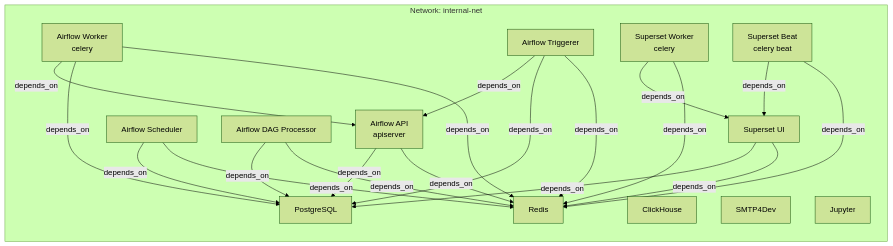
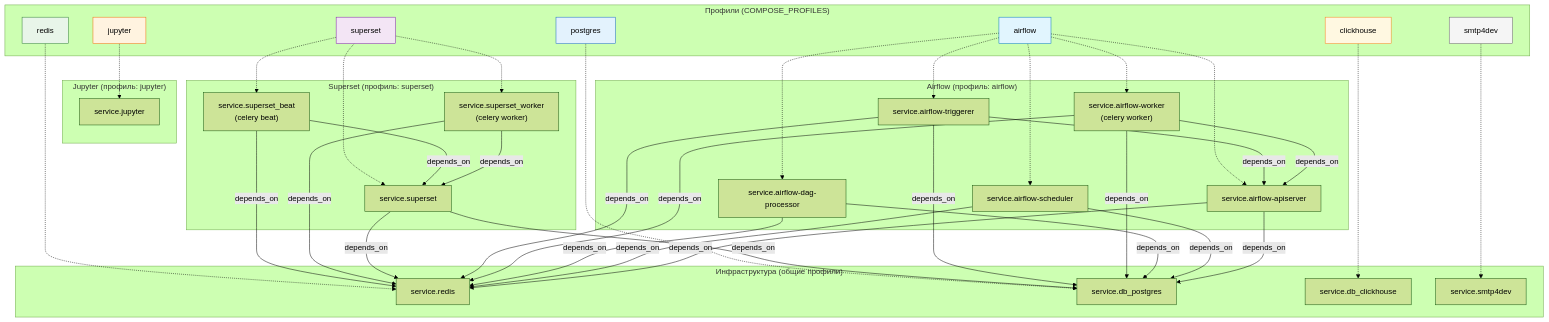
One commit to barmaley350/analytics changed the diagram in README.md. Above: the diagram before and after it, drawn with Mermaid (forest theme). The commit also changed other lines of this file and 1 other file, not shown here.

Commit message:
Изменил README.md

````diff
--- a/README.md
+++ b/README.md
@@ -45,60 +45,86 @@
 ```mermaid
-graph LR
-  subgraph "Network: internal-net"
-    direction TB
-
-    %% Core Airflow
-    airflow_api[Airflow API<br/>apiserver]
-    airflow_scheduler[Airflow Scheduler]
-    airflow_dag_processor[Airflow DAG Processor]
-    airflow_worker[Airflow Worker<br/>celery]
-    airflow_triggerer[Airflow Triggerer]
-
-    %% Superset
-    superset[Superset UI]
-    superset_worker[Superset Worker<br/>celery]
-    superset_beat[Superset Beat<br/>celery beat]
-
-    %% Dependencies
-    redis[Redis]
-    postgres[PostgreSQL]
-    clickhouse[ClickHouse]
-    smtp4dev[SMTP4Dev]
-    jupyter[Jupyter]
+flowchart TD
+  subgraph Profiles ["Профили (COMPOSE_PROFILES)"]
+    P_airflow["airflow"]
+    P_jupyter["jupyter"]
+    P_superset["superset"]
+    P_redis["redis"]
+    P_postgres["postgres"]
+    P_smtp4dev["smtp4dev"]
+    P_clickhouse["clickhouse"]
   end
 
-  %% Airflow core dependencies
-  airflow_api -->|depends_on| redis
-  airflow_api -->|depends_on| postgres
+  subgraph Airflow ["Airflow (профиль: airflow)"]
+    A_api["service.airflow-apiserver"]
+    A_sched["service.airflow-scheduler"]
+    A_proc["service.airflow-dag-processor"]
+    A_worker["service.airflow-worker<br/>(celery worker)"]
+    A_trigger["service.airflow-triggerer"]
+  end
 
-  airflow_scheduler -->|depends_on| redis
-  airflow_scheduler -->|depends_on| postgres
+  subgraph Jupyter ["Jupyter (профиль: jupyter)"]
+    J_jupyter["service.jupyter"]
+  end
 
-  airflow_dag_processor -->|depends_on| redis
-  airflow_dag_processor -->|depends_on| postgres
+  subgraph Superset ["Superset (профиль: superset)"]
+    S_web["service.superset"]
+    S_worker["service.superset_worker<br/>(celery worker)"]
+    S_beat["service.superset_beat<br/>(celery beat)"]
+  end
 
-  airflow_worker -->|depends_on| redis
-  airflow_worker -->|depends_on| postgres
-  airflow_worker -->|depends_on| airflow_api
+  subgraph Infra ["Инфраструктура (общие профили)"]
+    R_redis["service.redis"]
+    DB_pg["service.db_postgres"]
+    DB_ch["service.db_clickhouse"]
+    SMTP["service.smtp4dev"]
+  end
 
-  airflow_triggerer -->|depends_on| redis
-  airflow_triggerer -->|depends_on| postgres
-  airflow_triggerer -->|depends_on| airflow_api
+  %% Зависимости Airflow
+  A_api -->|depends_on| R_redis
+  A_api -->|depends_on| DB_pg
+  A_sched -->|depends_on| R_redis
+  A_sched -->|depends_on| DB_pg
+  A_proc -->|depends_on| R_redis
+  A_proc -->|depends_on| DB_pg
+  A_worker -->|depends_on| R_redis
+  A_worker -->|depends_on| DB_pg
+  A_worker -->|depends_on| A_api
+  A_trigger -->|depends_on| R_redis
+  A_trigger -->|depends_on| DB_pg
+  A_trigger -->|depends_on| A_api
 
-  %% Superset dependencies
-  superset -->|depends_on| redis
-  superset -->|depends_on| postgres
+  %% Зависимости Superset
+  S_web -->|depends_on| R_redis
+  S_web -->|depends_on| DB_pg
+  S_worker -->|depends_on| R_redis
+  S_worker -->|depends_on| S_web
+  S_beat -->|depends_on| R_redis
+  S_beat -->|depends_on| S_web
 
-  superset_worker -->|depends_on| redis
-  superset_worker -->|depends_on| superset
+  %% Привязка профилей к сервисам
+  P_airflow -.-> A_api
+  P_airflow -.-> A_sched
+  P_airflow -.-> A_proc
+  P_airflow -.-> A_worker
+  P_airflow -.-> A_trigger
 
-  superset_beat -->|depends_on| redis
-  superset_beat -->|depends_on| superset
+  P_jupyter -.-> J_jupyter
 
-  %% Other services (no strict depends_on in compose, but part of the stack)
-  jupyter
-  clickhouse
-  smtp4dev
+  P_superset -.-> S_web
+  P_superset -.-> S_worker
+  P_superset -.-> S_beat
 
+  P_redis -.-> R_redis
+  P_postgres -.-> DB_pg
+  P_smtp4dev -.-> SMTP
+  P_clickhouse -.-> DB_ch
+
+  style P_airflow fill:#e1f5fe,stroke:#0277bd
+  style P_jupyter fill:#fff3e0,stroke:#ef6c00
+  style P_superset fill:#f3e5f5,stroke:#7b1fa2
+  style P_redis fill:#e8f5e9,stroke:#2e7d32
+  style P_postgres fill:#e3f2fd,stroke:#1565c0
+  style P_smtp4dev fill:#f5f5f5,stroke:#616161
+  style P_clickhouse fill:#fff8e1,stroke:#f57f17
 
 ```
````
